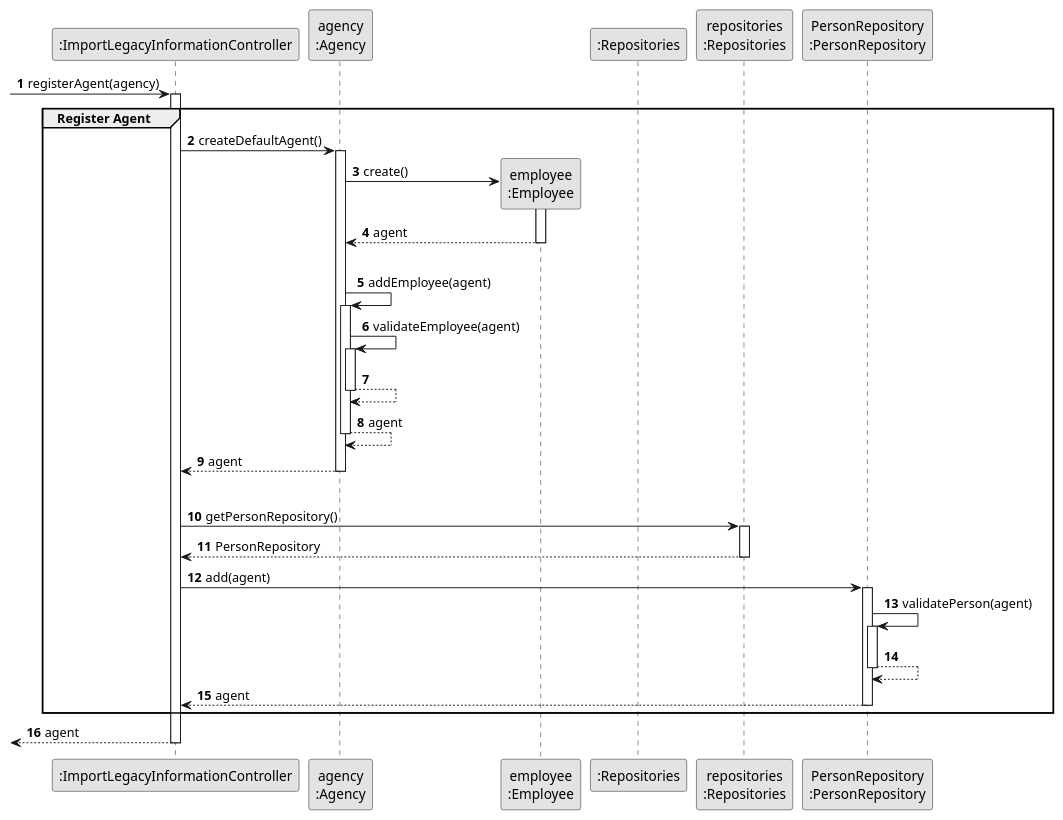
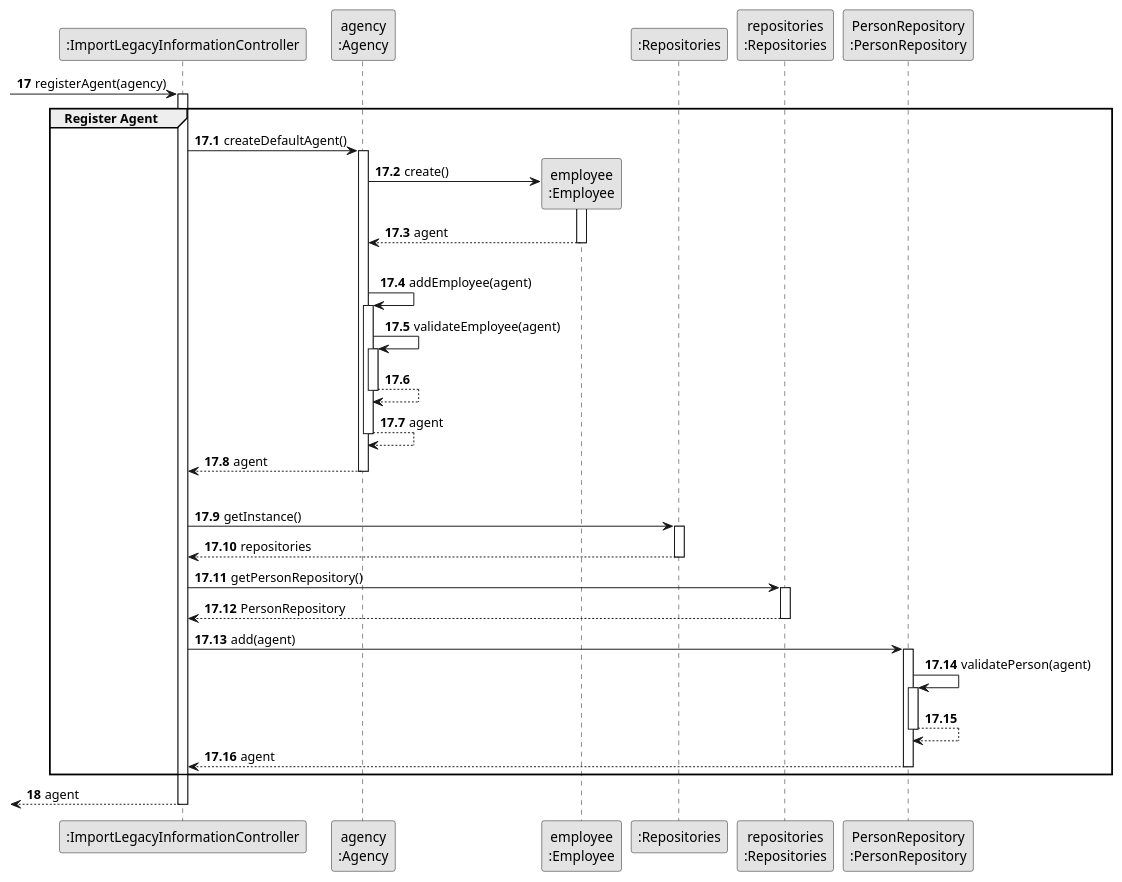
The diagram in docs/sprintC/us012/03.design/puml/us012-sequence-diagram-partial-register-agent.puml (rita-barbosa/LAPR2-2223), drawn with PlantUML before and after one commit. The commit also changed 13 other files, not shown here.

```diff
--- a/docs/sprintC/us012/03.design/puml/us012-sequence-diagram-partial-register-agent.puml
+++ b/docs/sprintC/us012/03.design/puml/us012-sequence-diagram-partial-register-agent.puml
@@ -1,81 +1,94 @@
 @startuml
 skinparam monochrome true
 skinparam packageStyle rectangle
 skinparam shadowing false
 
-autonumber
+
 
 'hide footbox
 participant ":ImportLegacyInformationController" as CTRL
 participant "agency\n:Agency" as AGC
 participant "employee\n:Employee" as EMPLOYEE
 participant ":Repositories" as RepositorySingleton
 participant "repositories\n:Repositories" as PLAT
 participant "PersonRepository\n:PersonRepository" as PersonRepository
 
+autonumber 17
+
     -> CTRL : registerAgent(agency)
 
 activate CTRL
+
+autonumber 17.1
 
     group Register Agent
 
     CTRL -> AGC : createDefaultAgent()
     activate AGC
 
     AGC -> EMPLOYEE** : create()
     activate EMPLOYEE
 
     EMPLOYEE --> AGC : agent
     deactivate EMPLOYEE
     |||
     AGC -> AGC : addEmployee(agent)
 
     activate AGC
 
        AGC -> AGC : validateEmployee(agent)
         activate AGC
 
             AGC --> AGC
         deactivate AGC
 
         AGC --> AGC : agent
     deactivate AGC
 
 
     AGC --> CTRL : agent
     deactivate AGC
 |||
 
 
+    CTRL -> RepositorySingleton: getInstance()
+    activate RepositorySingleton
+
+    RepositorySingleton --> CTRL : repositories
+    deactivate RepositorySingleton
+
+
     CTRL -> PLAT : getPersonRepository()
 
     activate PLAT
 
         PLAT --> CTRL : PersonRepository
 
     deactivate PLAT
 
     CTRL -> PersonRepository : add(agent)
     activate PersonRepository
 
     PersonRepository -> PersonRepository : validatePerson(agent)
     activate PersonRepository
 
         PersonRepository --> PersonRepository
     deactivate PersonRepository
 
 
 
         PersonRepository --> CTRL : agent
     deactivate PersonRepository
 
     end group
+
+    autonumber 18
     
     <-- CTRL : agent
 
 deactivate CTRL
 
     
 
 
 @enduml
```
